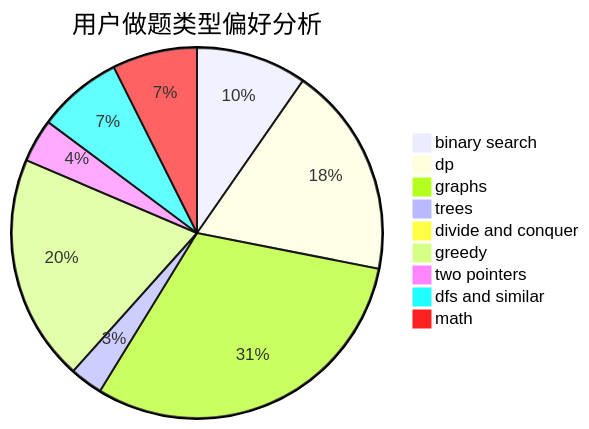
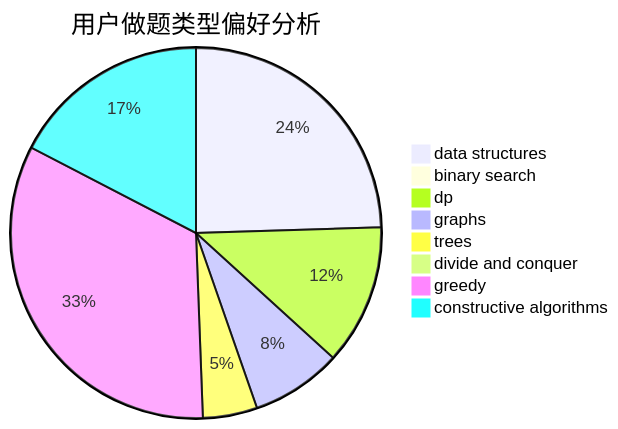
The second of 3 diagrams in docs/user/u1604.md (sherpahu/cfrs.github.io), drawn with Mermaid before and after one commit. The commit also changed other lines of this file and 2775 other files, not shown here.

````diff
--- a/docs/user/u1604.md
+++ b/docs/user/u1604.md
@@ -23,12 +23,11 @@
 ```mermaid
 pie title 用户做题类型偏好分析
-    "binary search" :  64
-    "dp" :  122
-    "graphs" :  203
-    "trees" :  19
+    "data structures" :  62
+    "binary search" :  2
+    "dp" :  31
+    "graphs" :  20
+    "trees" :  12
     "divide and conquer" :  0
-    "greedy" :  131
-    "two pointers" :  25
-    "dfs and similar" :  49
-    "math" :  49
+    "greedy" :  84
+    "constructive algorithms" :  44
 ```
````
